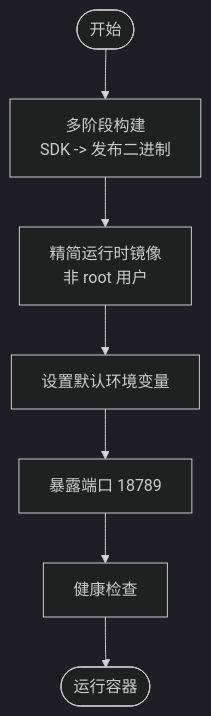
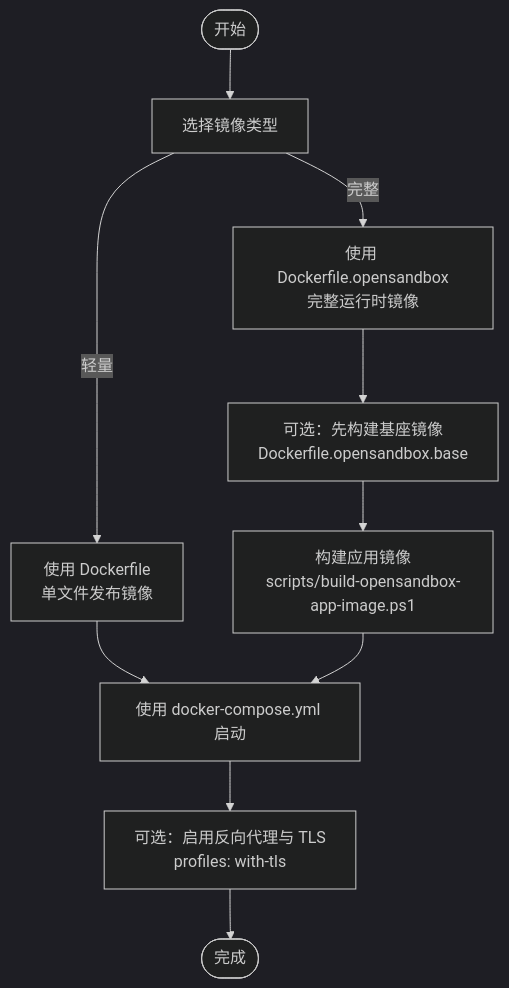
Before and after one commit to wayyet/kingcrab: the third of 5 diagrams in .qoder/repowiki/zh/content/部署指南/部署指南.md, drawn with Mermaid (dark theme). The commit also changed other lines of this file and 173 other files, not shown here.

````diff
--- a/.qoder/repowiki/zh/content/部署指南/部署指南.md
+++ b/.qoder/repowiki/zh/content/部署指南/部署指南.md
@@ -124,9 +149,12 @@
 ```mermaid
 flowchart TD
-Start(["开始"]) --> Build["多阶段构建<br/>SDK -> 发布二进制"]
-Build --> Runtime["精简运行时镜像<br/>非 root 用户"]
-Runtime --> Env["设置默认环境变量"]
-Env --> Expose["暴露端口 18789"]
-Expose --> Health["健康检查"]
-Health --> Run(["运行容器"])
+Start(["开始"]) --> Choose["选择镜像类型"]
+Choose --> |轻量| BaseA["使用 Dockerfile<br/>单文件发布镜像"]
+Choose --> |完整| BaseB["使用 Dockerfile.opensandbox<br/>完整运行时镜像"]
+BaseB --> Layer["可选：先构建基座镜像<br/>Dockerfile.opensandbox.base"]
+Layer --> AppImg["构建应用镜像<br/>scripts/build-opensandbox-app-image.ps1"]
+BaseA --> Compose["使用 docker-compose.yml 启动"]
+AppImg --> Compose
+Compose --> Proxy["可选：启用反向代理与 TLS<br/>profiles: with-tls"]
+Proxy --> Done(["完成"])
 ```
````
